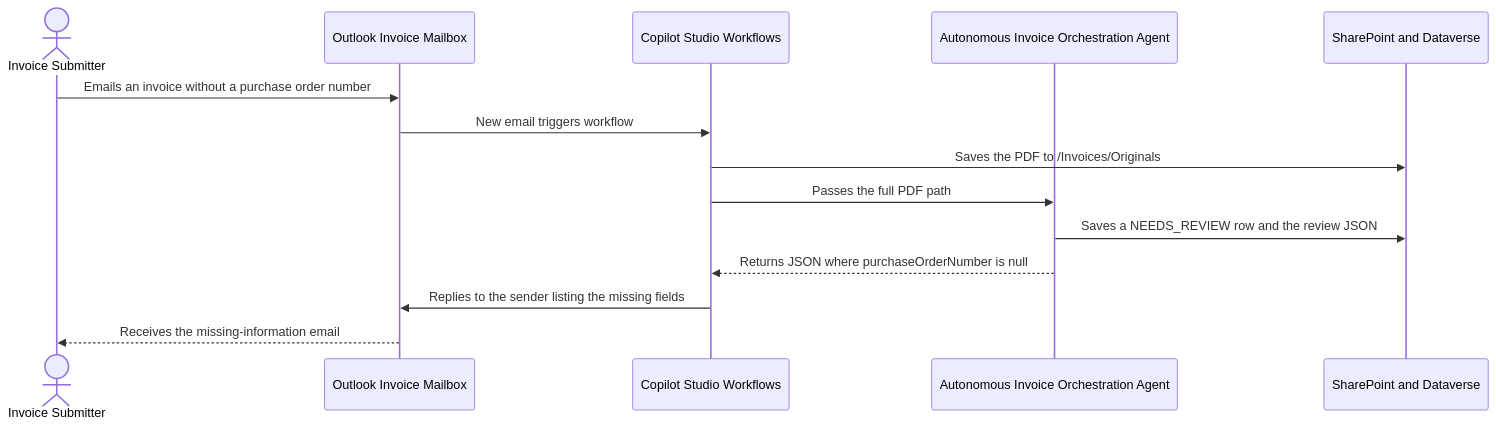
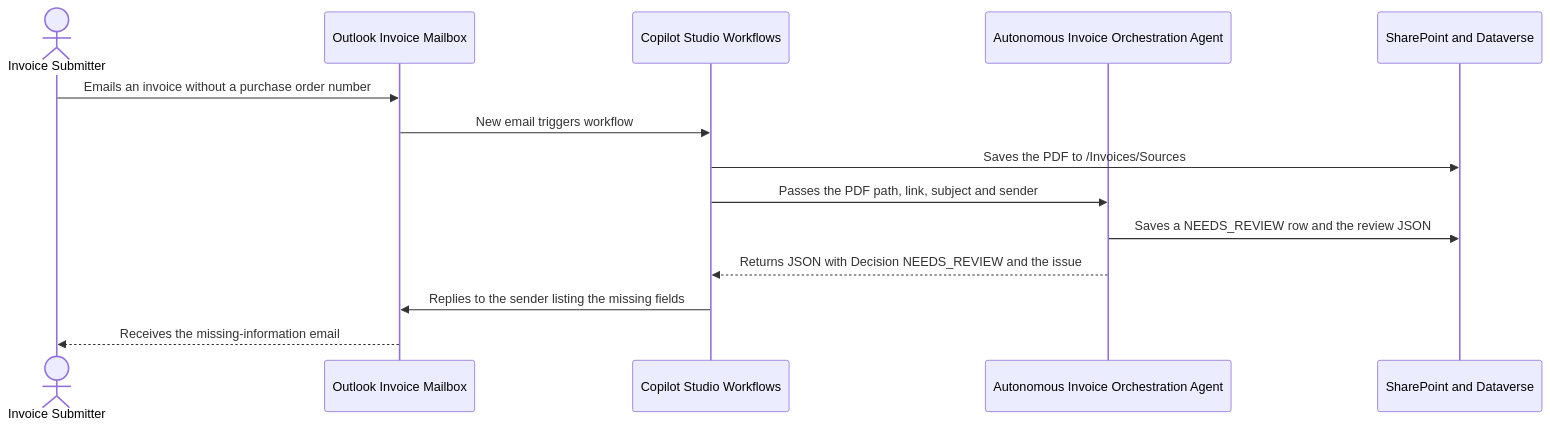
The third of 3 diagrams in 01-scenarios/Autonomous-Invoice-Orchestration-Agent-GHCP/2.Architecture.md (microsoft/ai-agent-runbooks), drawn with Mermaid before and after one commit. The commit also changed other lines of this file and 14 other files, not shown here.

````diff
--- a/01-scenarios/Autonomous-Invoice-Orchestration-Agent-GHCP/2.Architecture.md
+++ b/01-scenarios/Autonomous-Invoice-Orchestration-Agent-GHCP/2.Architecture.md
@@ -129,16 +128,16 @@
 ```mermaid
 sequenceDiagram
     actor Sender as Invoice Submitter
     participant Mail as Outlook Invoice Mailbox
     participant Flow as Copilot Studio Workflows
     participant Agent as Autonomous Invoice Orchestration Agent
     participant Store as SharePoint and Dataverse
     Sender->>Mail: Emails an invoice without a purchase order number
     Mail->>Flow: New email triggers workflow
-    Flow->>Store: Saves the PDF to /Invoices/Originals
-    Flow->>Agent: Passes the full PDF path
+    Flow->>Store: Saves the PDF to /Invoices/Sources
+    Flow->>Agent: Passes the PDF path, link, subject and sender
     Agent->>Store: Saves a NEEDS_REVIEW row and the review JSON
-    Agent-->>Flow: Returns JSON where purchaseOrderNumber is null
+    Agent-->>Flow: Returns JSON with Decision NEEDS_REVIEW and the issue
     Flow->>Mail: Replies to the sender listing the missing fields
     Mail-->>Sender: Receives the missing-information email
 ```
````
